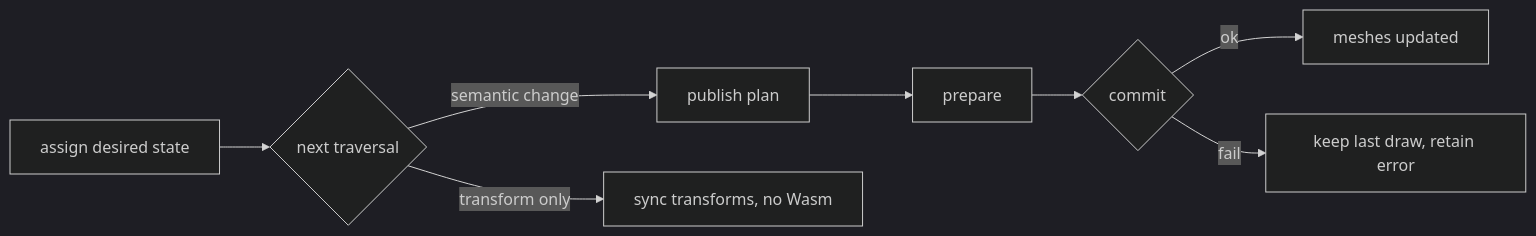
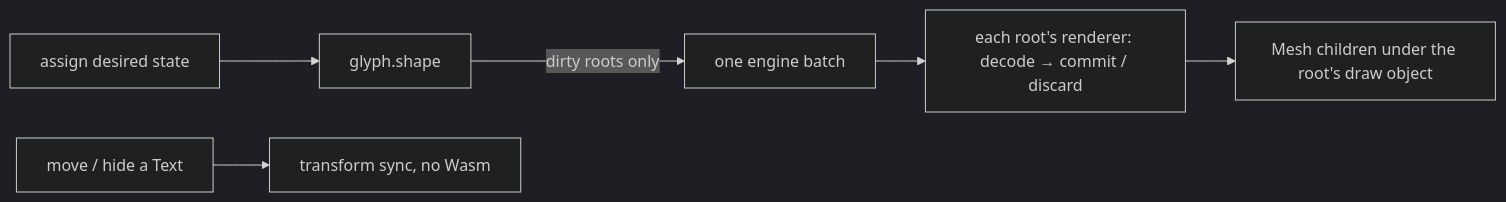
Before and after one commit to pmndrs/glyph: the diagram in site/docs/text/text-and-groups.mdx, drawn with Mermaid (dark theme). The commit also changed other lines of this file and 19 other files, not shown here.

````diff
--- a/site/docs/text/text-and-groups.mdx
+++ b/site/docs/text/text-and-groups.mdx
@@ -116,8 +142,8 @@
 ```mermaid
 flowchart LR
-  A[assign desired state] --> B{next traversal}
-  B -->|semantic change| C[publish plan] --> D[prepare] --> E{commit}
-  E -->|ok| F[meshes updated]
-  E -->|fail| G[keep last draw, retain error]
-  B -->|transform only| H[sync transforms, no Wasm]
+  A[assign desired state] --> B[glyph.shape]
+  B -->|dirty roots only| C[one engine batch]
+  C --> D[each root's renderer: decode → commit / discard]
+  D --> E[Mesh children under the root's draw object]
+  A2[move / hide a Text] --> F[transform sync, no Wasm]
 ```
````
